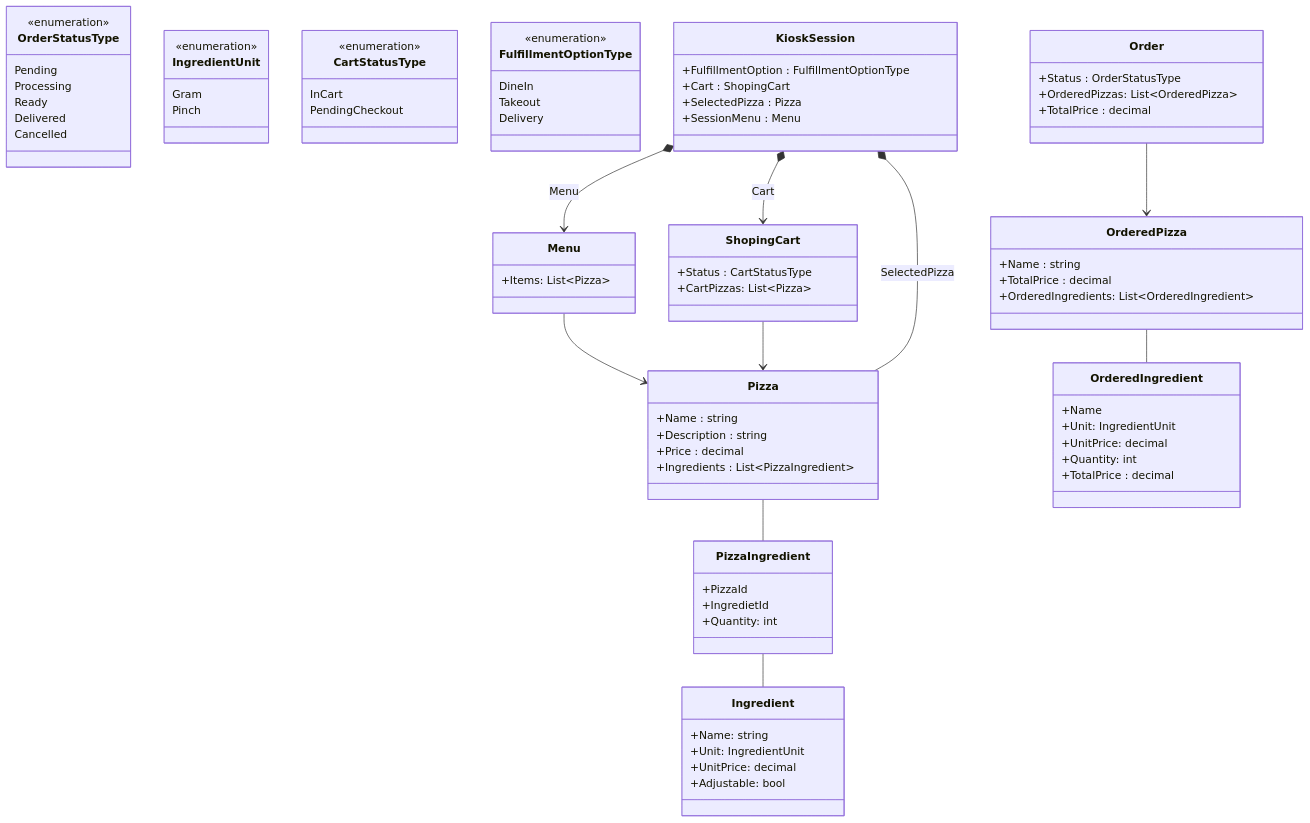
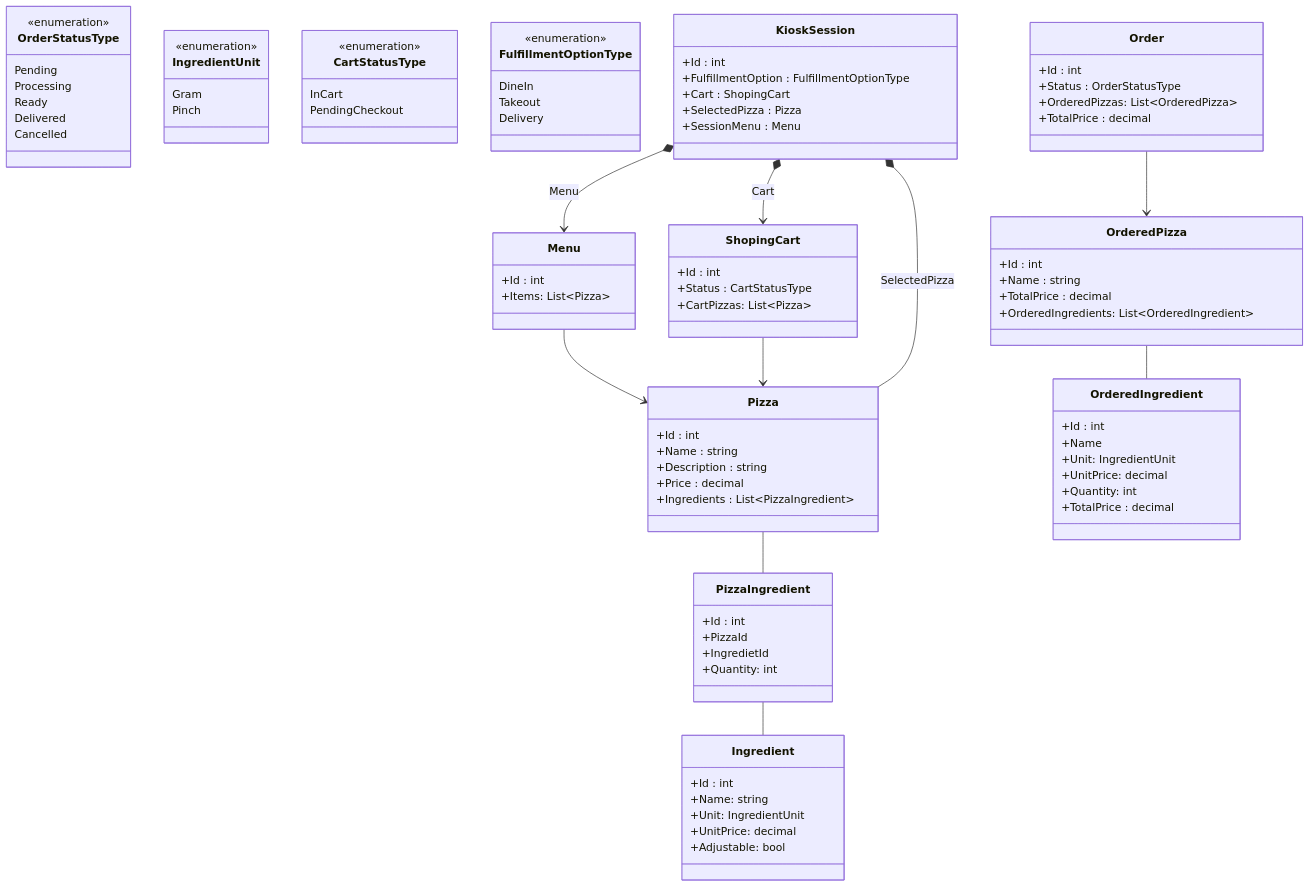
One commit to ekral/FAI changed the diagram in AF/src/Utb.PizzaKiosk/README.md. Above: the diagram before and after it, drawn with Mermaid.

```diff
--- a/AF/src/Utb.PizzaKiosk/README.md
+++ b/AF/src/Utb.PizzaKiosk/README.md
@@ -203,30 +203,35 @@
       Delivery
    }
 
-   class KioskSession{
+   class KioskSession {
+      +Id : int
       +FulfillmentOption : FulfillmentOptionType
       +Cart : ShopingCart
       +SelectedPizza : Pizza
       +SessionMenu : Menu
    }
 
-   class ShopingCart{
+   class ShopingCart {
+      +Id : int
       +Status : CartStatusType
       +CartPizzas: List~Pizza~
    }
 
-   class Ingredient{
+   class Ingredient {
+      +Id : int
       +Name: string
       +Unit: IngredientUnit
       +UnitPrice: decimal
       +Adjustable: bool
    }
 
-   class Menu{
+   class Menu {
+      +Id : int
       +Items: List~Pizza~
    }
 
    class Pizza {
+      +Id : int
       +Name : string
       +Description : string
       +Price : decimal
@@ -234,24 +239,28 @@
    }
 
    class PizzaIngredient {
+      +Id : int
       +PizzaId
       +IngredietId
       +Quantity: int
    }
 
-  class Order{
+  class Order {
+      +Id : int
       +Status : OrderStatusType
       +OrderedPizzas: List~OrderedPizza~
       +TotalPrice : decimal
    }
 
    class OrderedPizza {
+      +Id : int
       +Name : string
       +TotalPrice : decimal
       +OrderedIngredients: List~OrderedIngredient~
    }
 
    class OrderedIngredient {
+       +Id : int
        +Name
        +Unit: IngredientUnit
        +UnitPrice: decimal
```
